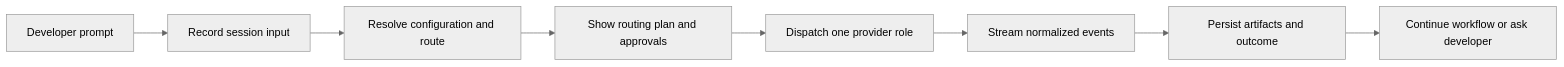
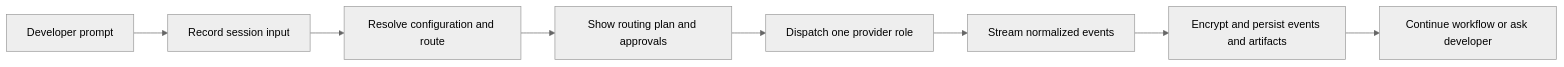
Before and after one commit to RenatoTadeuFigueiredo/multi-agent-development-workbench: the diagram in doc/arch/functional/product-overview.md, drawn with Mermaid (neutral theme). The commit also changed other lines of this file and 26 other files, not shown here.

First line of the commit message:
docs(architecture): close kernel foundation decisions

````diff
--- a/doc/arch/functional/product-overview.md
+++ b/doc/arch/functional/product-overview.md
@@ -32,10 +32,10 @@
 ```mermaid
 flowchart LR
     A[Developer prompt] --> B[Record session input]
     B --> C[Resolve configuration and route]
     C --> D[Show routing plan and approvals]
     D --> E[Dispatch one provider role]
     E --> F[Stream normalized events]
-    F --> G[Persist artifacts and outcome]
+    F --> G[Encrypt and persist events and artifacts]
     G --> H[Continue workflow or ask developer]
 ```
````
